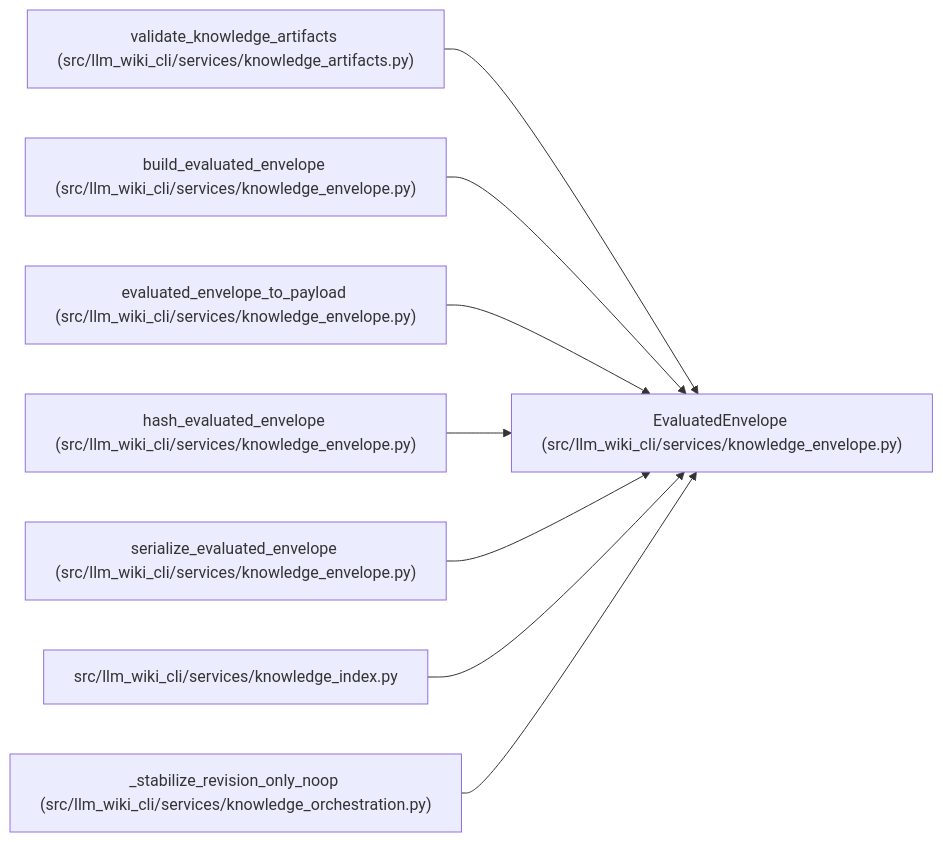
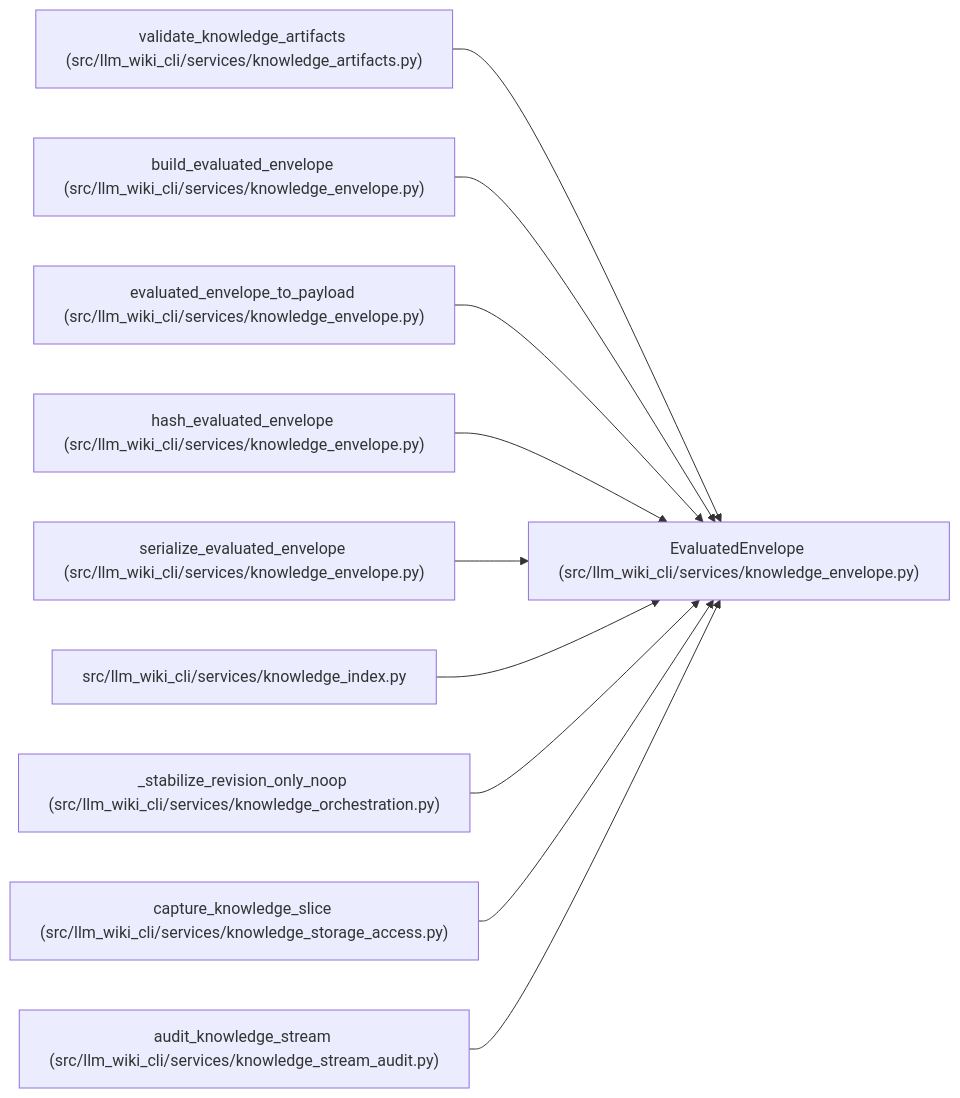
One commit to Denissvgn/python-wiki-llm changed the diagram in docs/llm_wiki/entities/EvaluatedEnvelope.md. Above: the diagram before and after it, drawn with Mermaid. The commit also changed other lines of this file and 865 other files, not shown here.

First line of the commit message:
Add native task workflows and scalable indexed knowledge storage (#35)

````diff
--- a/docs/llm_wiki/entities/EvaluatedEnvelope.md
+++ b/docs/llm_wiki/entities/EvaluatedEnvelope.md
@@ -33,26 +33,32 @@
 ```mermaid
 flowchart LR
     n0["EvaluatedEnvelope (src/llm_wiki_cli/services/knowledge_envelope.py)"]
     n1["validate_knowledge_artifacts (src/llm_wiki_cli/services/knowledge_artifacts.py)"]
     n2["build_evaluated_envelope (src/llm_wiki_cli/services/knowledge_envelope.py)"]
     n3["evaluated_envelope_to_payload (src/llm_wiki_cli/services/knowledge_envelope.py)"]
     n4["hash_evaluated_envelope (src/llm_wiki_cli/services/knowledge_envelope.py)"]
     n5["serialize_evaluated_envelope (src/llm_wiki_cli/services/knowledge_envelope.py)"]
     n6["src/llm_wiki_cli/services/knowledge_index.py"]
     n7["_stabilize_revision_only_noop (src/llm_wiki_cli/services/knowledge_orchestration.py)"]
+    n8["capture_knowledge_slice (src/llm_wiki_cli/services/knowledge_storage_access.py)"]
+    n9["audit_knowledge_stream (src/llm_wiki_cli/services/knowledge_stream_audit.py)"]
     n1 --> n0
     n2 --> n0
     n3 --> n0
     n4 --> n0
     n5 --> n0
     n6 --> n0
     n7 --> n0
+    n8 --> n0
+    n9 --> n0
     click n0 "../modules/knowledge_envelope.md"
     click n1 "../modules/knowledge_artifacts.md"
     click n2 "../modules/knowledge_envelope.md"
     click n3 "../modules/knowledge_envelope.md"
     click n4 "../modules/knowledge_envelope.md"
     click n5 "../modules/knowledge_envelope.md"
     click n6 "../modules/knowledge_index.md"
     click n7 "../modules/knowledge_orchestration.md"
+    click n8 "../modules/knowledge_storage_access.md"
+    click n9 "../modules/knowledge_stream_audit.md"
 ```
````
